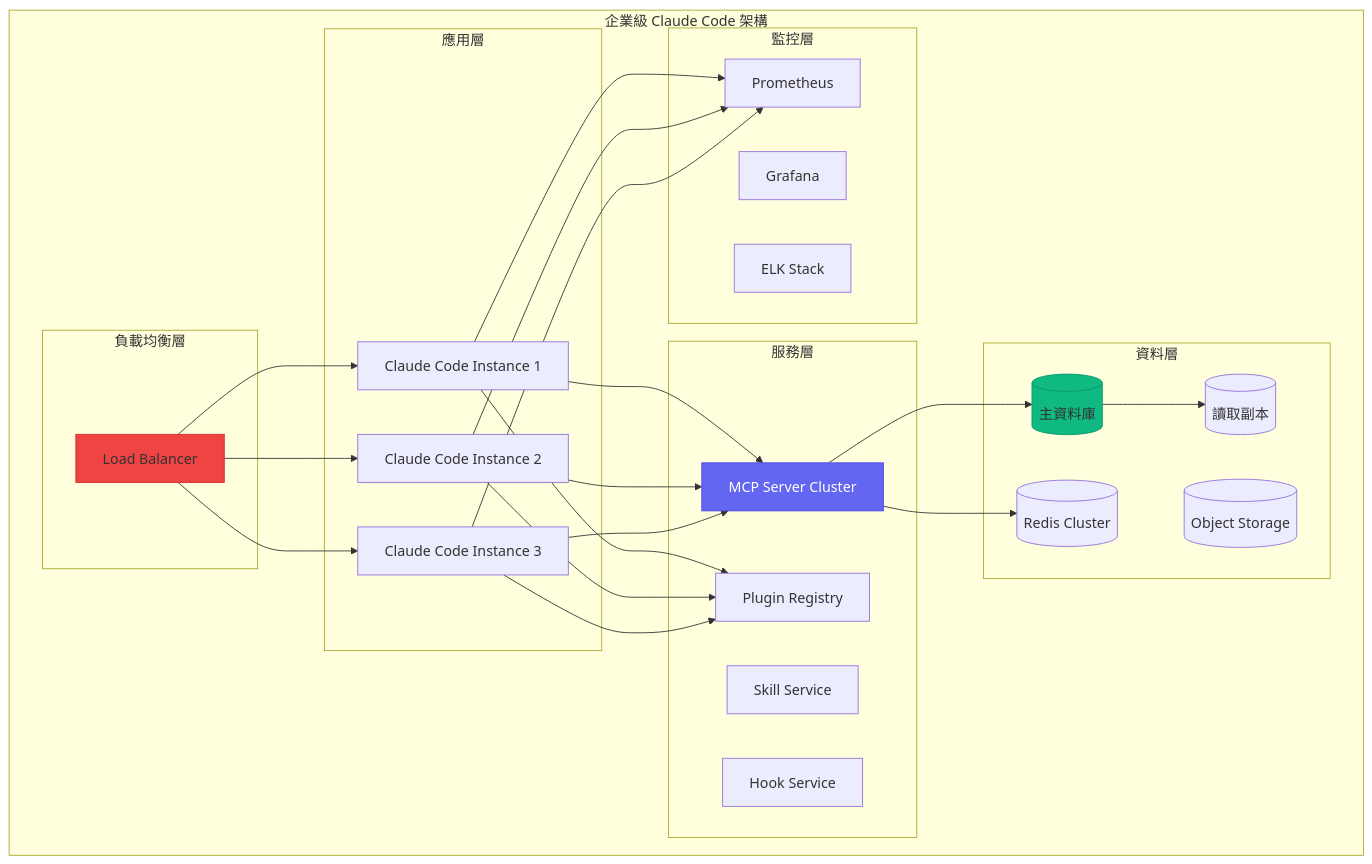
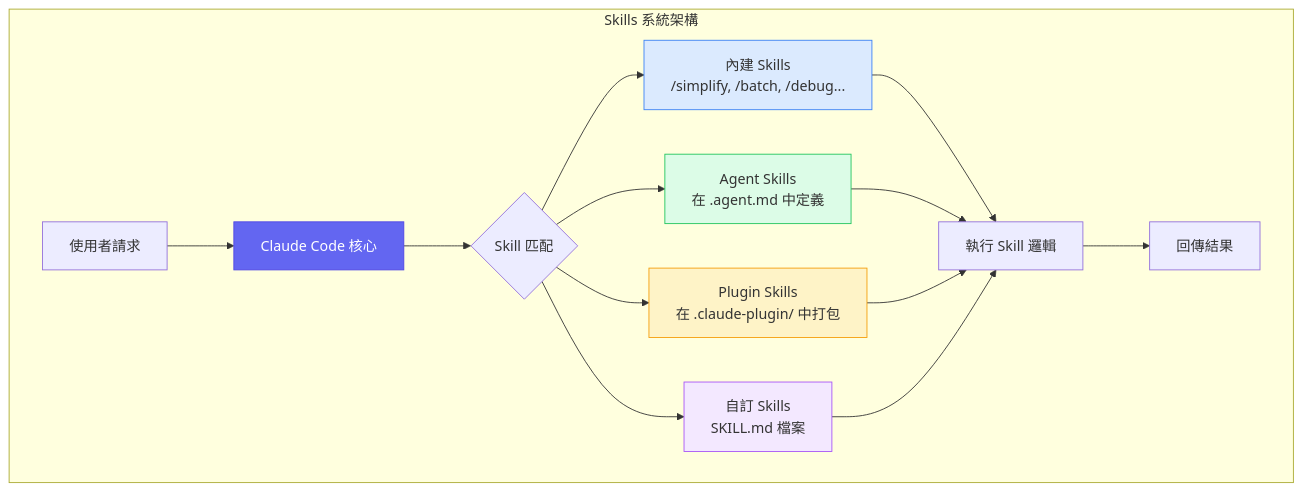
Before and after one commit to chihhung/Blog: diagram 19 of 57 in content/posts/教學/AI開發/Claude Code生態圈教學手冊.md, drawn with Mermaid. The commit also changed other lines of this file and 3 other files, not shown here.

Commit message:
新增 OpenAI Codex 生態系教學手冊、expand_doc.py，更新 Claude Code 及 opencode 教學手冊

````diff
--- a/content/posts/教學/AI開發/Claude Code生態圈教學手冊.md
+++ b/content/posts/教學/AI開發/Claude Code生態圈教學手冊.md
@@ -8437,58 +2239,25 @@
 ```mermaid
 graph TB
-    subgraph "企業級 Claude Code 架構"
-        subgraph "負載均衡層"
-            LB[Load Balancer]
-        end
+    subgraph "Skills 系統架構"
+        U[使用者請求] --> CC[Claude Code 核心]
+        CC --> SD{Skill 匹配}
         
-        subgraph "應用層"
-            A1[Claude Code Instance 1]
-            A2[Claude Code Instance 2]
-            A3[Claude Code Instance 3]
-        end
+        SD --> BS[內建 Skills<br>/simplify, /batch, /debug...]
+        SD --> AS[Agent Skills<br>在 .agent.md 中定義]
+        SD --> PS[Plugin Skills<br>在 .claude-plugin/ 中打包]
+        SD --> CS[自訂 Skills<br>SKILL.md 檔案]
         
-        subgraph "服務層"
-            S1[MCP Server Cluster]
-            S2[Plugin Registry]
-            S3[Skill Service]
-            S4[Hook Service]
-        end
+        BS --> E[執行 Skill 邏輯]
+        AS --> E
+        PS --> E
+        CS --> E
         
-        subgraph "資料層"
-            DB[(主資料庫)]
-            DB_R[(讀取副本)]
-            Cache[(Redis Cluster)]
-            Storage[(Object Storage)]
-        end
-        
-        subgraph "監控層"
-            M1[Prometheus]
-            M2[Grafana]
-            M3[ELK Stack]
-        end
-        
-        LB --> A1
-        LB --> A2
-        LB --> A3
-        
-        A1 --> S1
-        A2 --> S1
-        A3 --> S1
-        
-        A1 --> S2
-        A2 --> S2
-        A3 --> S2
-        
-        S1 --> DB
-        S1 --> Cache
-        DB --> DB_R
-        
-        A1 --> M1
-        A2 --> M1
-        A3 --> M1
+        E --> R[回傳結果]
     end
     
-    style LB fill:#ef4444,stroke:#dc2626
-    style S1 fill:#6366f1,stroke:#4f46e5,color:#fff
-    style DB fill:#10b981,stroke:#059669
+    style CC fill:#6366f1,stroke:#4f46e5,color:#fff
+    style BS fill:#dbeafe,stroke:#3b82f6
+    style AS fill:#dcfce7,stroke:#22c55e
+    style PS fill:#fef3c7,stroke:#f59e0b
+    style CS fill:#f3e8ff,stroke:#a855f7
 ```
````
